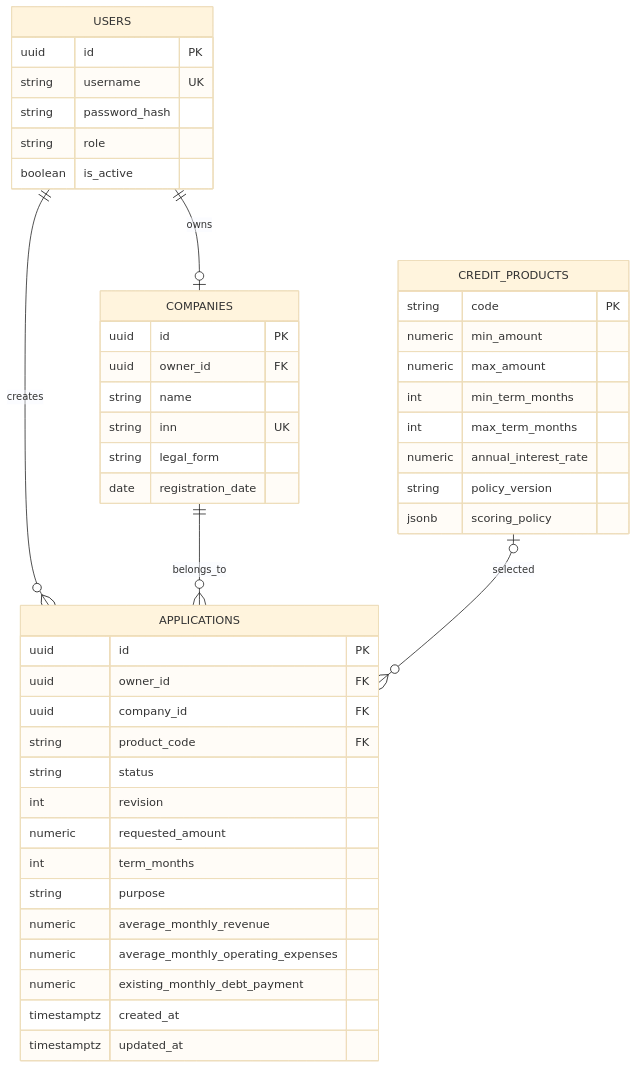
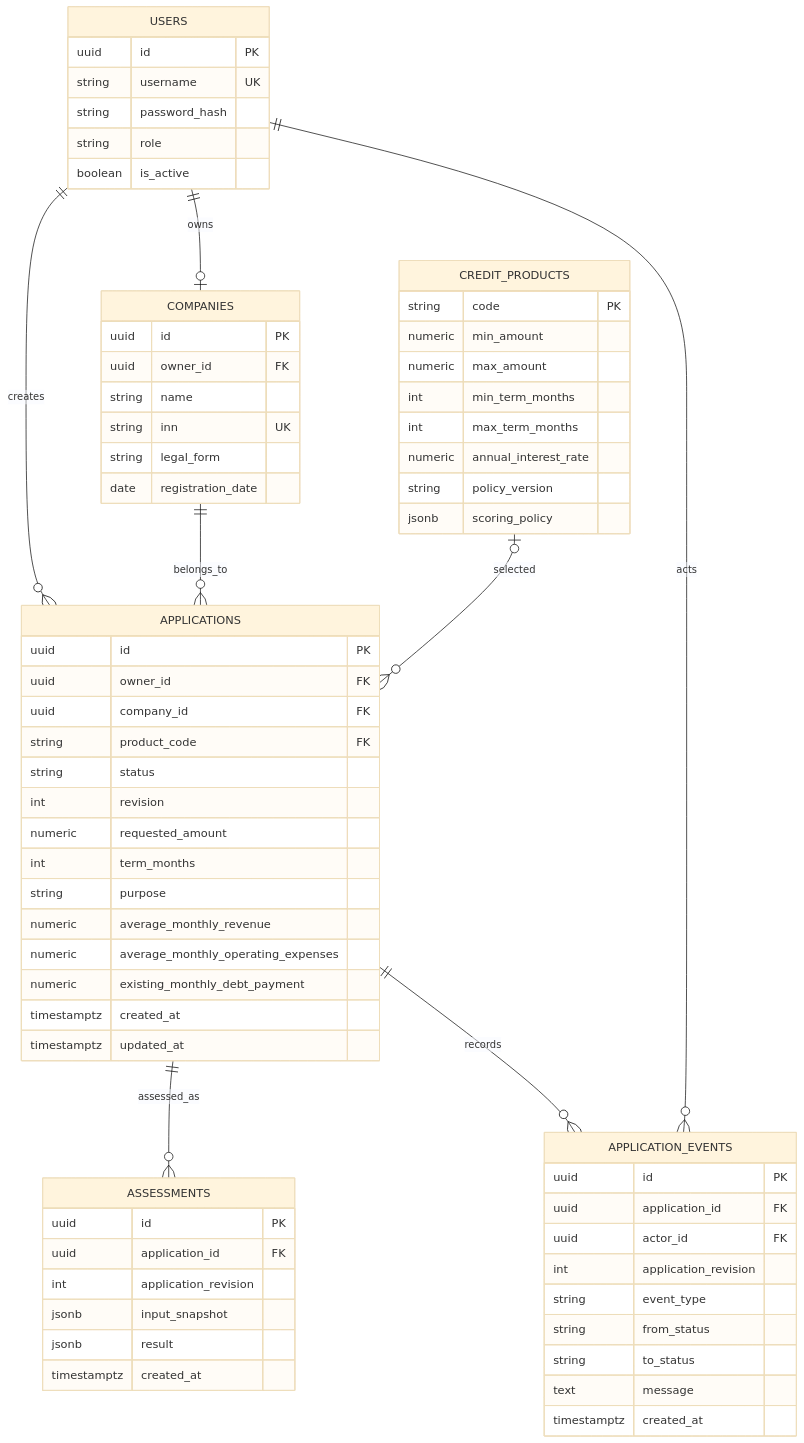
Before and after one commit to ttsbtw/McDonald_AlfaHackathon: the second of 2 diagrams in backend/docs/architecture.md, drawn with Mermaid (base theme). The commit also changed other lines of this file and 6 other files, not shown here.

````diff
--- a/backend/docs/architecture.md
+++ b/backend/docs/architecture.md
@@ -18,48 +18,70 @@
 ```mermaid
 erDiagram
     USERS ||--o| COMPANIES : owns
     USERS ||--o{ APPLICATIONS : creates
     COMPANIES ||--o{ APPLICATIONS : belongs_to
     CREDIT_PRODUCTS o|--o{ APPLICATIONS : selected
+    APPLICATIONS ||--o{ ASSESSMENTS : assessed_as
+    APPLICATIONS ||--o{ APPLICATION_EVENTS : records
+    USERS ||--o{ APPLICATION_EVENTS : acts
     USERS {
         uuid id PK
         string username UK
         string password_hash
         string role
         boolean is_active
     }
     COMPANIES {
         uuid id PK
         uuid owner_id FK
         string name
         string inn UK
         string legal_form
         date registration_date
     }
     CREDIT_PRODUCTS {
         string code PK
         numeric min_amount
         numeric max_amount
         int min_term_months
         int max_term_months
         numeric annual_interest_rate
         string policy_version
         jsonb scoring_policy
     }
     APPLICATIONS {
         uuid id PK
         uuid owner_id FK
         uuid company_id FK
         string product_code FK
         string status
         int revision
         numeric requested_amount
         int term_months
         string purpose
         numeric average_monthly_revenue
         numeric average_monthly_operating_expenses
         numeric existing_monthly_debt_payment
         timestamptz created_at
         timestamptz updated_at
     }
+    ASSESSMENTS {
+        uuid id PK
+        uuid application_id FK
+        int application_revision
+        jsonb input_snapshot
+        jsonb result
+        timestamptz created_at
+    }
+    APPLICATION_EVENTS {
+        uuid id PK
+        uuid application_id FK
+        uuid actor_id FK
+        int application_revision
+        string event_type
+        string from_status
+        string to_status
+        text message
+        timestamptz created_at
+    }
 ```
````
